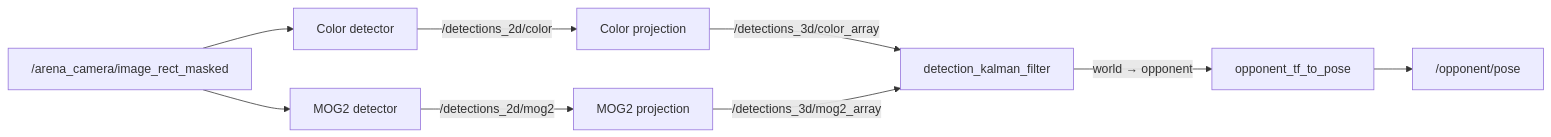
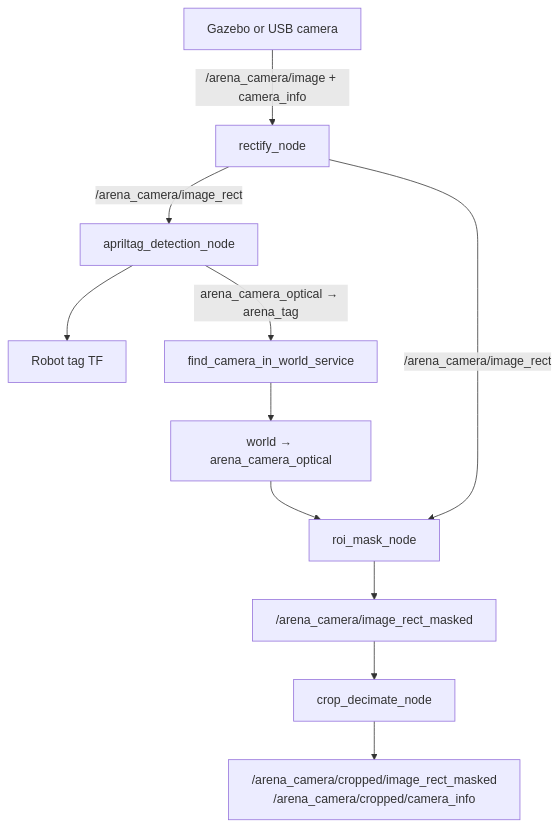
Before and after one commit to eubotx/robofetz_as: the first of 3 diagrams in docs/packages/arena_perception.md, drawn with Mermaid. The commit also changed other lines of this file and 9 other files, not shown here.

````diff
--- a/docs/packages/arena_perception.md
+++ b/docs/packages/arena_perception.md
@@ -191,11 +21,13 @@
 ```mermaid
-flowchart LR
-  Masked["/arena_camera/image_rect_masked"] --> Color["Color detector"]
-  Masked --> Motion["MOG2 detector"]
-  Color -->|"/detections_2d/color"| Color3D["Color projection"]
-  Motion -->|"/detections_2d/mog2"| Motion3D["MOG2 projection"]
-  Color3D -->|"/detections_3d/color_array"| Filter["detection_kalman_filter"]
-  Motion3D -->|"/detections_3d/mog2_array"| Filter
-  Filter -->|"world → opponent"| Adapter["opponent_tf_to_pose"]
-  Adapter --> Pose["/opponent/pose"]
+flowchart TD
+  Camera["Gazebo or USB camera"] -->|"/arena_camera/image + camera_info"| Rectify["rectify_node"]
+  Rectify -->|"/arena_camera/image_rect"| Tags["apriltag_detection_node"]
+  Tags --> RobotTags["Robot tag TF"]
+  Tags -->|"arena_camera_optical → arena_tag"| Calibrate["find_camera_in_world_service"]
+  Calibrate --> CameraTF["world → arena_camera_optical"]
+  Rectify -->|"/arena_camera/image_rect"| Mask["roi_mask_node"]
+  CameraTF --> Mask
+  Mask --> Masked["/arena_camera/image_rect_masked"]
+  Masked --> Crop["crop_decimate_node"]
+  Crop --> Cropped["/arena_camera/cropped/image_rect_masked<br/>/arena_camera/cropped/camera_info"]
 ```
````
